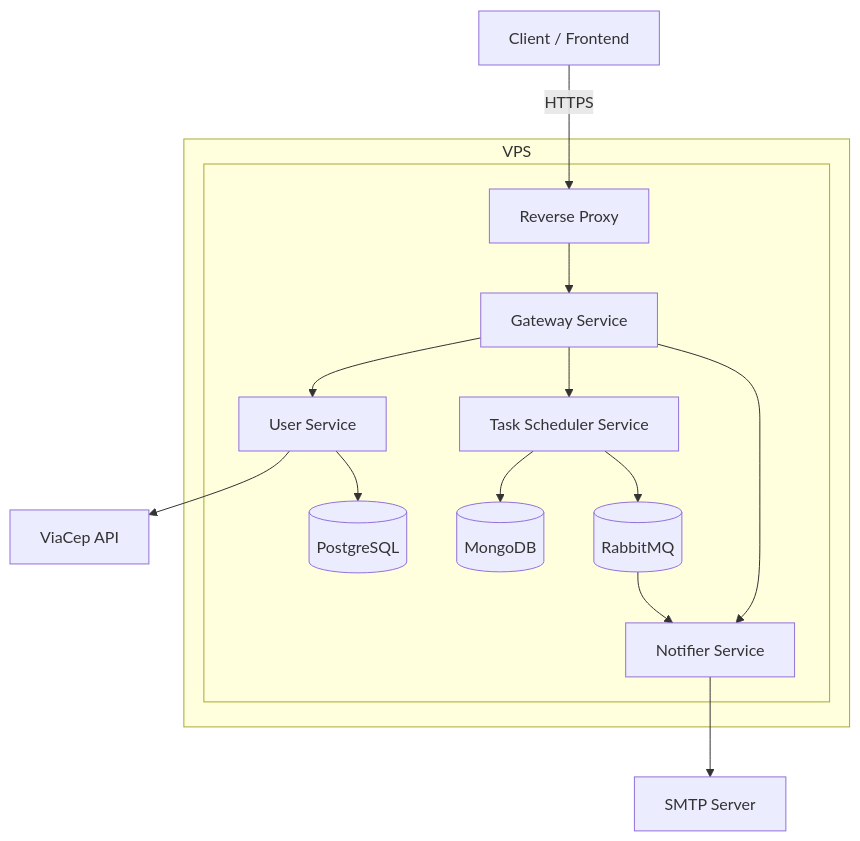
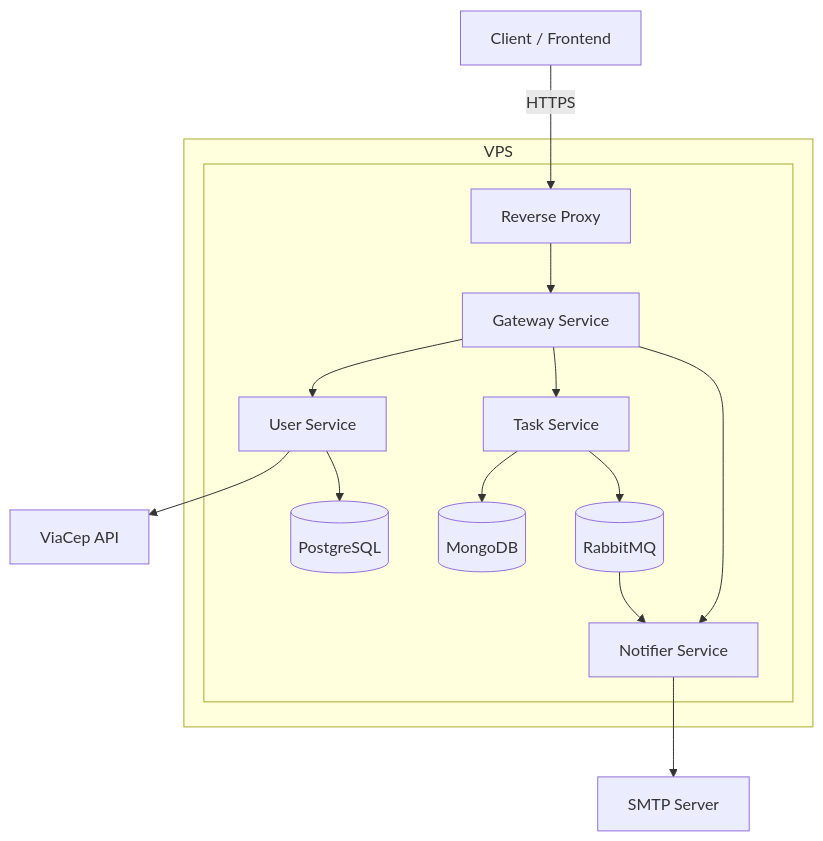
One commit to enzobbom/ts-system changed the first of 2 diagrams in README.md. Above: the diagram before and after it, drawn with Mermaid. The commit also changed other lines of this file, not shown here.

Commit message:
Adjust Task Service name in diagram

````diff
--- a/README.md
+++ b/README.md
@@ -53,38 +53,38 @@
 ```mermaid
 flowchart TB
 
     Client["Client / Frontend"]
 
     ViaCep["ViaCep API"]
     SMTP["SMTP Server"]
 
     subgraph VPS["VPS"]
         subgraph VPS2[" "]
             ReverseProxy["Reverse Proxy"]
         Gateway["Gateway Service"]
         User["User Service"]
-        Task["Task Scheduler Service"]
+        Task["Task Service"]
         Notifier["Notifier Service"]
         Postgres[(PostgreSQL)]
         Mongo[(MongoDB)]
         RabbitMQ[(RabbitMQ)]
         end
     end
 
     ReverseProxy --> Gateway
 
     User --> ViaCep
     User --> Postgres
 
     Gateway --> User
     Gateway --> Task
     Gateway --> Notifier
 
     Task --> Mongo
     Task --> RabbitMQ
     
     RabbitMQ --> Notifier
 
     Client -->|HTTPS| ReverseProxy
     Notifier --> SMTP
 ```
````
